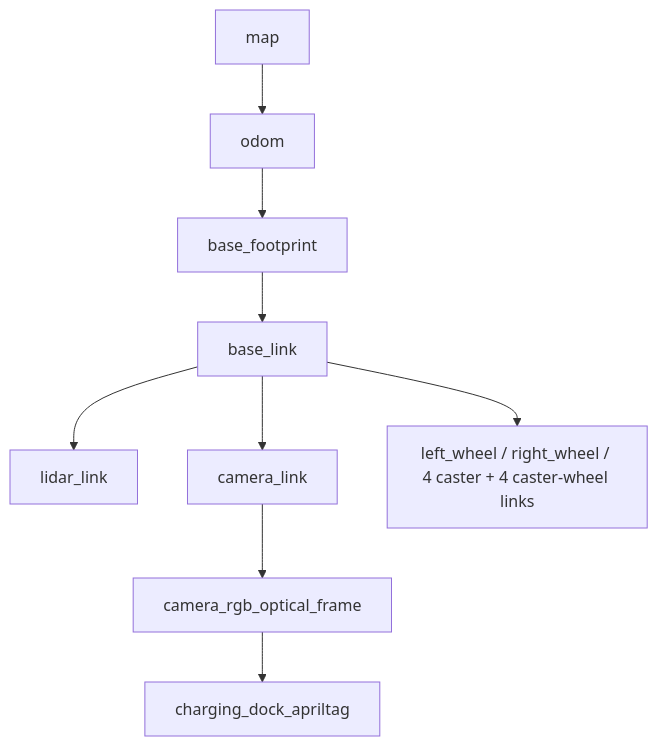
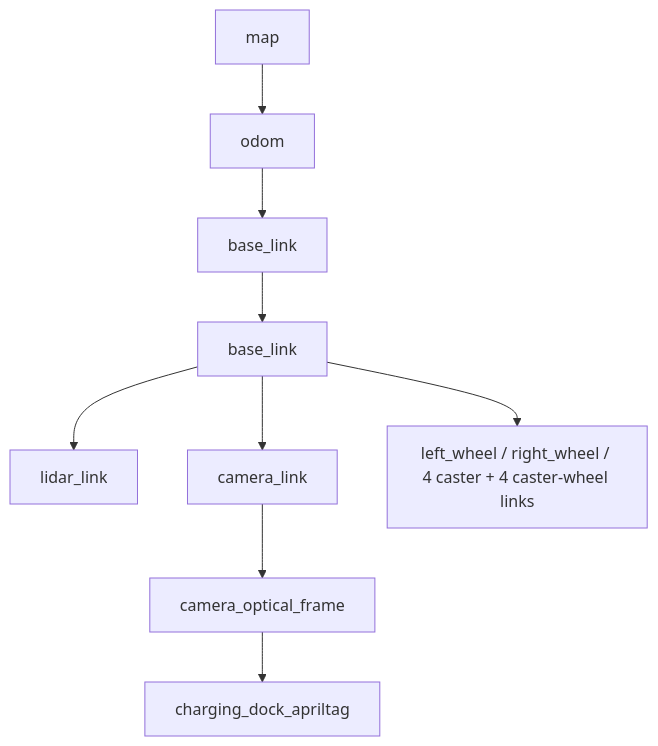
One commit to rajindulkar22/openamr-platform-sw changed the third of 6 diagrams in ros2/src/openamrobot_docking/docs/10_diagrams.md. Above: the diagram before and after it, drawn with Mermaid. The commit also changed other lines of this file and 22 other files, not shown here.

````diff
--- a/ros2/src/openamrobot_docking/docs/10_diagrams.md
+++ b/ros2/src/openamrobot_docking/docs/10_diagrams.md
@@ -86,17 +86,17 @@
 ```mermaid
 graph TD
   MAP[map]
   ODOM[odom]
-  BFP[base_footprint]
+  BFP[base_link]
   BL[base_link]
   LIDAR[lidar_link]
   CAML[camera_link]
-  CAMOPT[camera_rgb_optical_frame]
+  CAMOPT[camera_optical_frame]
   TAG[charging_dock_apriltag]
   WHEELS[left_wheel / right_wheel / 4 caster + 4 caster-wheel links]
 
   MAP --> ODOM --> BFP --> BL
   BL --> LIDAR
   BL --> CAML --> CAMOPT --> TAG
   BL --> WHEELS
 ```
````
